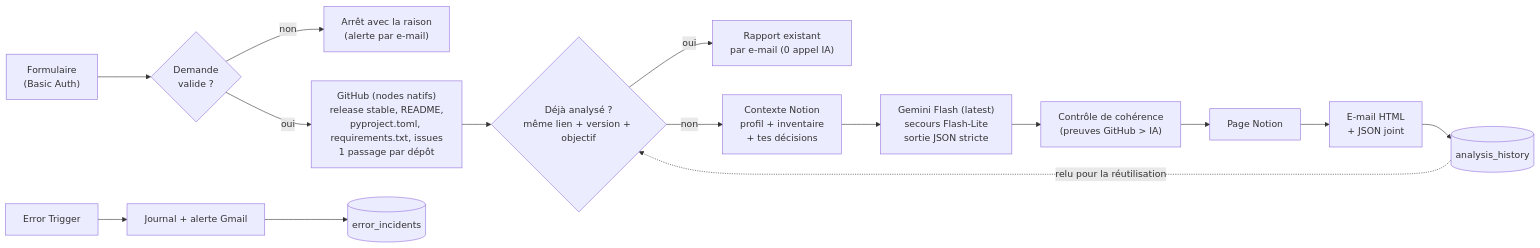
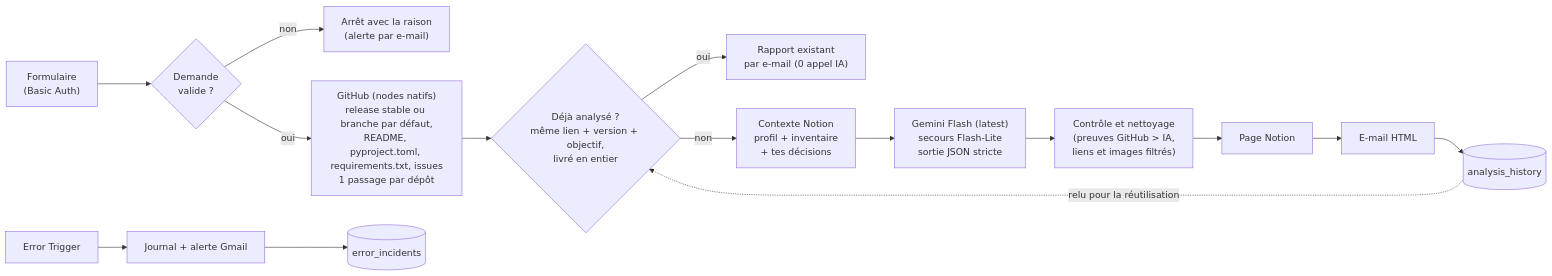
Before and after one commit to Sh0oya/eugenia_n8n: the diagram in n8n_workflow/README.md, drawn with Mermaid. The commit also changed other lines of this file and 12 other files, not shown here.

````diff
--- a/n8n_workflow/README.md
+++ b/n8n_workflow/README.md
@@ -43,18 +38,18 @@
 ```mermaid
 flowchart LR
   F["Formulaire<br/>(Basic Auth)"] --> V{"Demande<br/>valide ?"}
   V -- non --> X["Arrêt avec la raison<br/>(alerte par e-mail)"]
-  V -- oui --> G["GitHub (nodes natifs)<br/>release stable, README,<br/>pyproject.toml, requirements.txt, issues<br/>1 passage par dépôt"]
-  G --> R{"Déjà analysé ?<br/>même lien + version + objectif"}
+  V -- oui --> G["GitHub (nodes natifs)<br/>release stable ou branche par défaut,<br/>README, pyproject.toml, requirements.txt, issues<br/>1 passage par dépôt"]
+  G --> R{"Déjà analysé ?<br/>même lien + version + objectif,<br/>livré en entier"}
   R -- oui --> RU["Rapport existant<br/>par e-mail (0 appel IA)"]
   R -- non --> C["Contexte Notion<br/>profil + inventaire<br/>+ tes décisions"]
   C --> AI["Gemini Flash (latest)<br/>secours Flash-Lite<br/>sortie JSON stricte"]
-  AI --> VC["Contrôle de cohérence<br/>(preuves GitHub > IA)"]
+  AI --> VC["Contrôle et nettoyage<br/>(preuves GitHub > IA,<br/>liens et images filtrés)"]
   VC --> N["Page Notion"]
-  N --> M["E-mail HTML<br/>+ JSON joint"]
+  N --> M["E-mail HTML"]
   M --> H[("analysis_history")]
   H -. "relu pour la réutilisation" .-> R
 
   E["Error Trigger"] --> EL["Journal + alerte Gmail"]
   EL --> EI[("error_incidents")]
 ```
````
